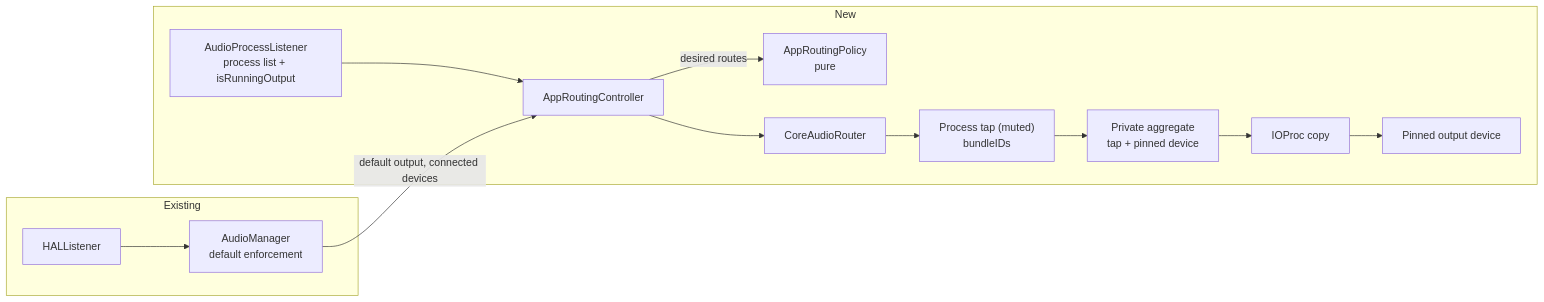
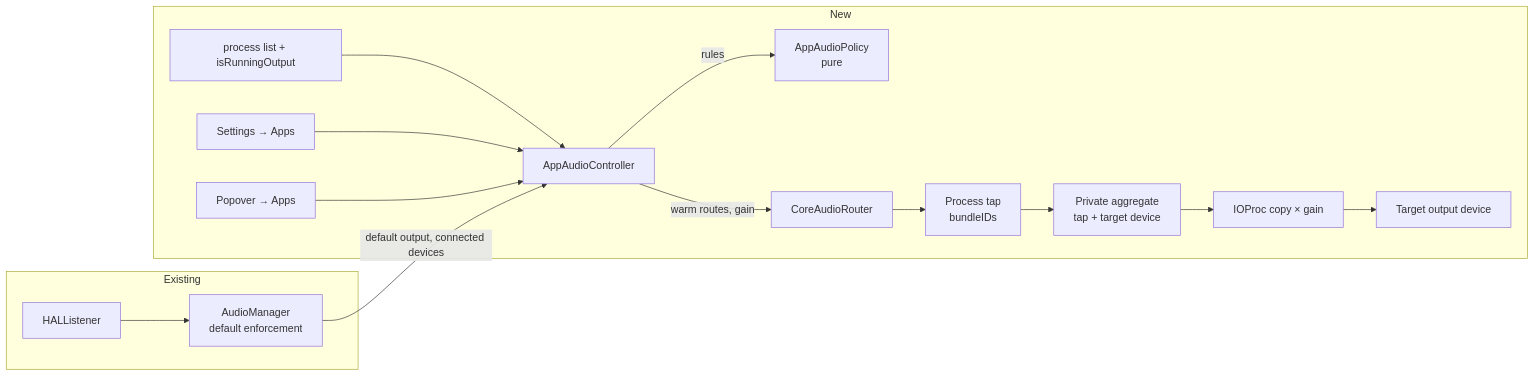
The diagram in .ai/specs/2026-11-01-per-app-output-routing.md (mjozefiak/AudioPin), drawn with Mermaid before and after one commit. The commit also changed other lines of this file, not shown here.

Commit message:
docs(specs): add per-app volume and menu bar controls to per-app audio spec

````diff
--- a/.ai/specs/2026-11-01-per-app-output-routing.md
+++ b/.ai/specs/2026-11-01-per-app-output-routing.md
@@ -48,13 +65,15 @@
 ```mermaid
 flowchart LR
   subgraph today[Existing]
     HAL[HALListener] --> AM[AudioManager<br/>default enforcement]
   end
   subgraph new[New]
-    PL[AudioProcessListener<br/>process list + isRunningOutput] --> RC[AppRoutingController]
+    PL[process list + isRunningOutput] --> RC[AppAudioController]
     AM -- default output, connected devices --> RC
-    RC -- desired routes --> POL[AppRoutingPolicy<br/>pure]
-    RC --> R[CoreAudioRouter]
-    R --> T["Process tap (muted)<br/>bundleIDs"] --> AG[Private aggregate<br/>tap + pinned device] --> IO[IOProc copy] --> DEV[Pinned output device]
+    RC -- rules --> POL[AppAudioPolicy<br/>pure]
+    RC -- warm routes, gain --> R[CoreAudioRouter]
+    R --> T["Process tap<br/>bundleIDs"] --> AG[Private aggregate<br/>tap + target device] --> IO[IOProc copy × gain] --> DEV[Target output device]
+    UI1[Settings → Apps] --> RC
+    UI2[Popover → Apps] --> RC
   end
 ```
````
